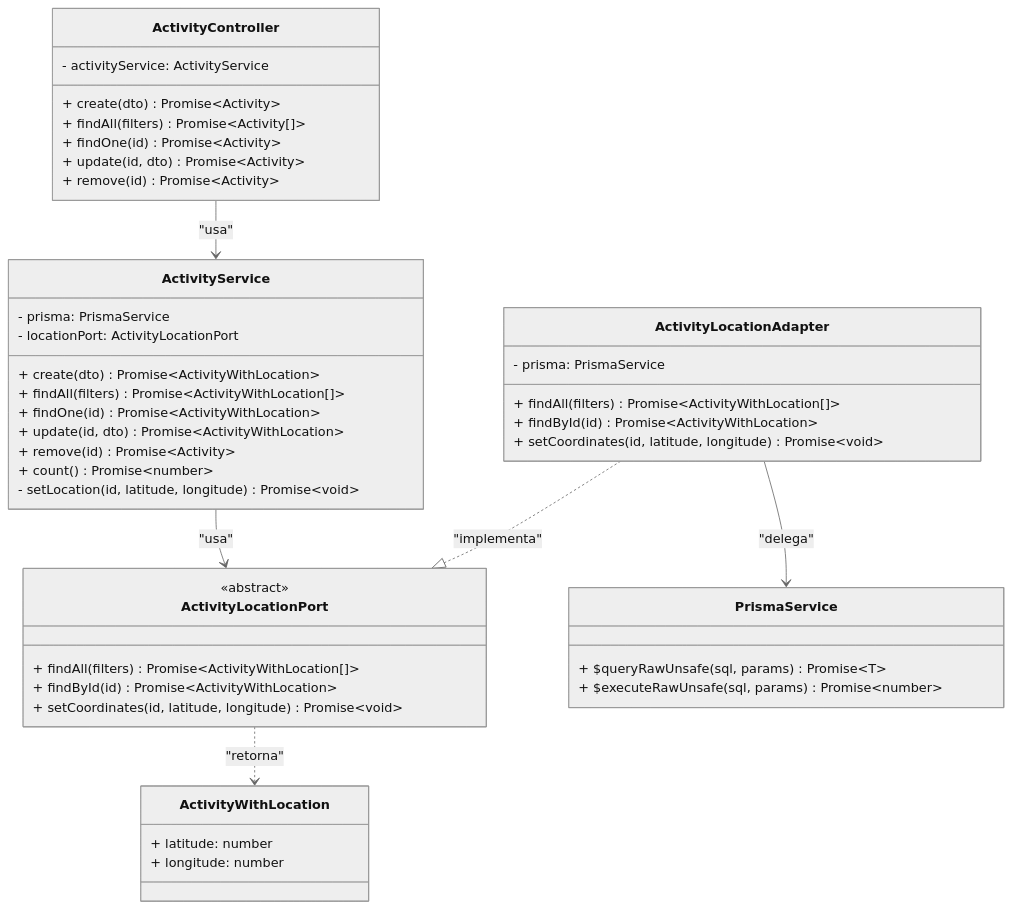
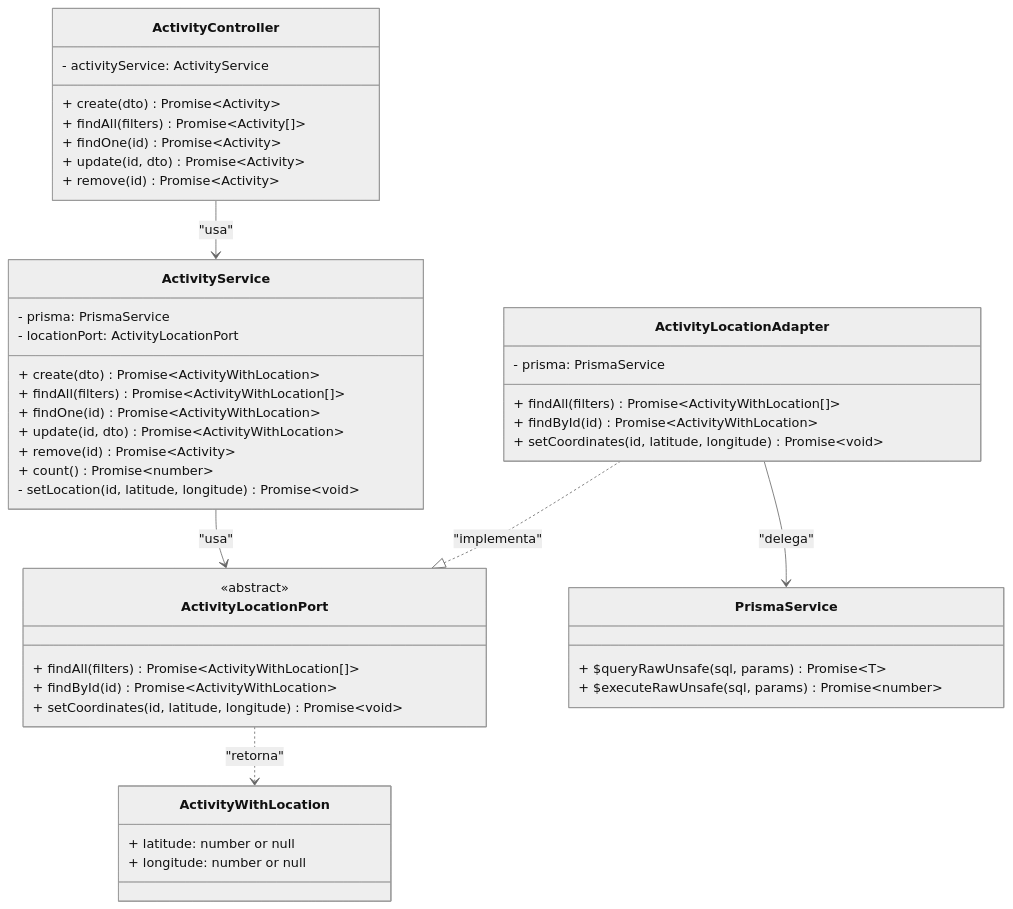
The second of 3 diagrams in docs/patrones-estructurales/justificacion.md (CaroDevs/Grupo1_Reto1_EventosMedellin), drawn with Mermaid (neutral theme) before and after one commit. The commit also changed other lines of this file, not shown here.

Commit message:
Fix: ajustes en la justificación del Adapter (nullabilidad, tipografía y pruebas)
- El diagrama UML mostraba latitude/longitude como number; el tipo real es
  number | null (actividades sin coordenadas aún).
- Corrige el espacio faltante en "Adaptee(Servicio)".
- Documenta que la testabilidad del Adapter ya quedó verificada con
  activity.service.spec.ts, no solo afirmada en el texto.

````diff
--- a/docs/patrones-estructurales/justificacion.md
+++ b/docs/patrones-estructurales/justificacion.md
@@ -98,49 +98,49 @@
 ```mermaid
 classDiagram
     class ActivityController {
         - activityService: ActivityService
         + create(dto) Promise~Activity~
         + findAll(filters) Promise~Activity[]~
         + findOne(id) Promise~Activity~
         + update(id, dto) Promise~Activity~
         + remove(id) Promise~Activity~
     }
     class ActivityService {
         - prisma: PrismaService
         - locationPort: ActivityLocationPort
         + create(dto) Promise~ActivityWithLocation~
         + findAll(filters) Promise~ActivityWithLocation[]~
         + findOne(id) Promise~ActivityWithLocation~
         + update(id, dto) Promise~ActivityWithLocation~
         + remove(id) Promise~Activity~
         + count() Promise~number~
         - setLocation(id, latitude, longitude) Promise~void~
     }
     class ActivityLocationPort {
         <<abstract>>
         + findAll(filters) Promise~ActivityWithLocation[]~
         + findById(id) Promise~ActivityWithLocation~
         + setCoordinates(id, latitude, longitude) Promise~void~
     }
     class ActivityLocationAdapter {
         - prisma: PrismaService
         + findAll(filters) Promise~ActivityWithLocation[]~
         + findById(id) Promise~ActivityWithLocation~
         + setCoordinates(id, latitude, longitude) Promise~void~
     }
     class ActivityWithLocation {
-        + latitude: number
-        + longitude: number
+        + latitude: number or null
+        + longitude: number or null
     }
     class PrismaService {
         + $queryRawUnsafe(sql, params) Promise~T~
         + $executeRawUnsafe(sql, params) Promise~number~
     }
     ActivityController --> ActivityService : "usa"
     ActivityService --> ActivityLocationPort : "usa"
     ActivityLocationAdapter ..|> ActivityLocationPort : "implementa"
     ActivityLocationAdapter --> PrismaService : "delega"
     ActivityLocationPort ..> ActivityWithLocation : "retorna"
 
 
 ```
````
